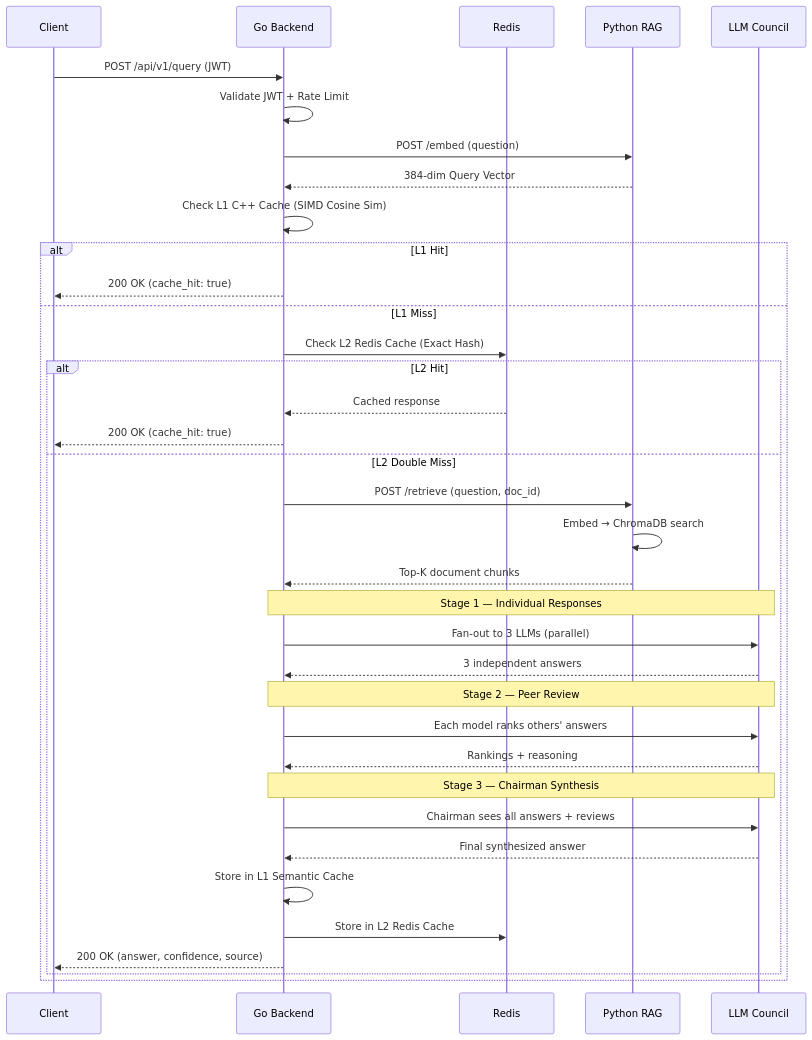
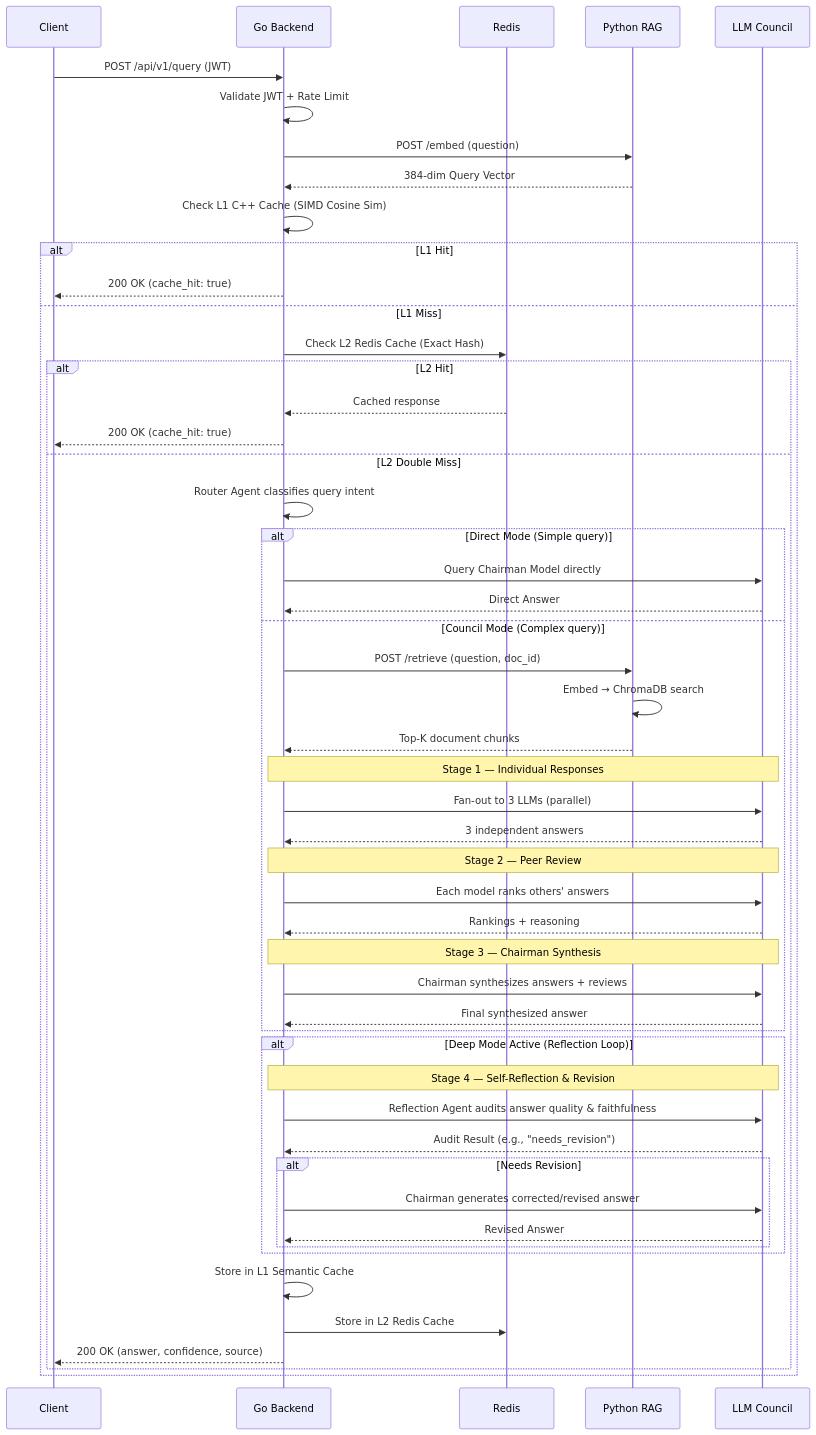
One commit to regular-life/CouncilAI changed the second of 2 diagrams in README.md. Above: the diagram before and after it, drawn with Mermaid. The commit also changed other lines of this file and 45 other files, not shown here.

First line of the commit message:
feat: Enhance Python RAG Service with web search capabilities and re-ranking to make it a complete Agent.

````diff
--- a/README.md
+++ b/README.md
@@ -71,46 +82,63 @@
 ```mermaid
 sequenceDiagram
     participant C as Client
     participant G as Go Backend
     participant R as Redis
     participant P as Python RAG
     participant L as LLM Council
 
     C->>G: POST /api/v1/query (JWT)
     G->>G: Validate JWT + Rate Limit
     
     G->>P: POST /embed (question)
     P-->>G: 384-dim Query Vector
     
     G->>G: Check L1 C++ Cache (SIMD Cosine Sim)
     
     alt L1 Hit
         G-->>C: 200 OK (cache_hit: true)
     else L1 Miss
         G->>R: Check L2 Redis Cache (Exact Hash)
         alt L2 Hit
             R-->>G: Cached response
             G-->>C: 200 OK (cache_hit: true)
         else L2 Double Miss
-            G->>P: POST /retrieve (question, doc_id)
-            P->>P: Embed → ChromaDB search
-            P-->>G: Top-K document chunks
+            G->>G: Router Agent classifies query intent
 
-            Note over G,L: Stage 1 — Individual Responses
-            G->>L: Fan-out to 3 LLMs (parallel)
-            L-->>G: 3 independent answers
+            alt Direct Mode (Simple query)
+                G->>L: Query Chairman Model directly
+                L-->>G: Direct Answer
+            else Council Mode (Complex query)
+                G->>P: POST /retrieve (question, doc_id)
+                P->>P: Embed → ChromaDB search
+                P-->>G: Top-K document chunks
 
-            Note over G,L: Stage 2 — Peer Review
-            G->>L: Each model ranks others' answers
-            L-->>G: Rankings + reasoning
+                Note over G,L: Stage 1 — Individual Responses
+                G->>L: Fan-out to 3 LLMs (parallel)
+                L-->>G: 3 independent answers
 
-            Note over G,L: Stage 3 — Chairman Synthesis
-            G->>L: Chairman sees all answers + reviews
-            L-->>G: Final synthesized answer
+                Note over G,L: Stage 2 — Peer Review
+                G->>L: Each model ranks others' answers
+                L-->>G: Rankings + reasoning
+
+                Note over G,L: Stage 3 — Chairman Synthesis
+                G->>L: Chairman synthesizes answers + reviews
+                L-->>G: Final synthesized answer
+            end
+
+            alt Deep Mode Active (Reflection Loop)
+                Note over G,L: Stage 4 — Self-Reflection & Revision
+                G->>L: Reflection Agent audits answer quality & faithfulness
+                L-->>G: Audit Result (e.g., "needs_revision")
+                alt Needs Revision
+                    G->>L: Chairman generates corrected/revised answer
+                    L-->>G: Revised Answer
+                end
+            end
 
             G->>G: Store in L1 Semantic Cache
             G->>R: Store in L2 Redis Cache
             G-->>C: 200 OK (answer, confidence, source)
         end
     end
 ```
````
